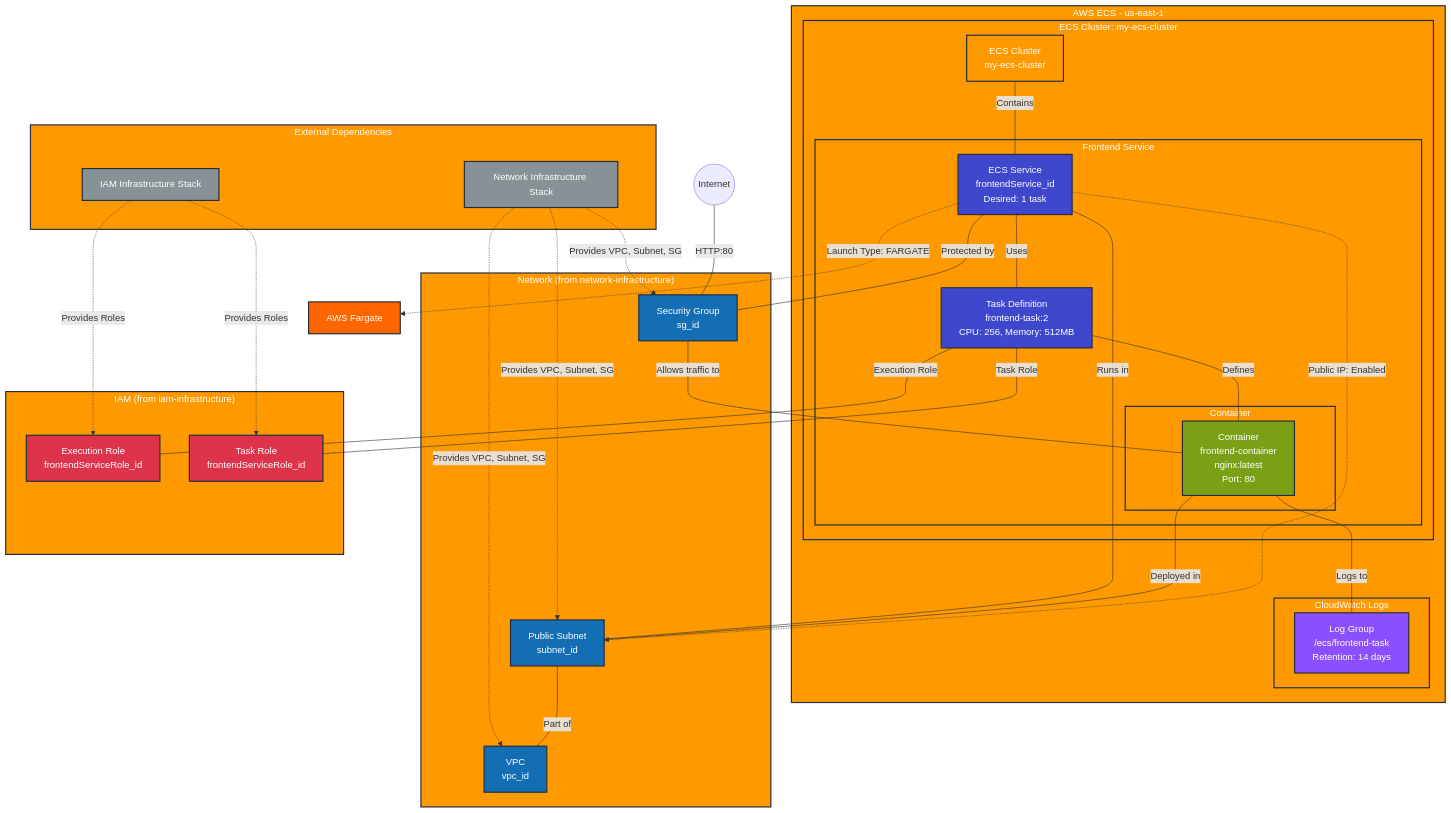
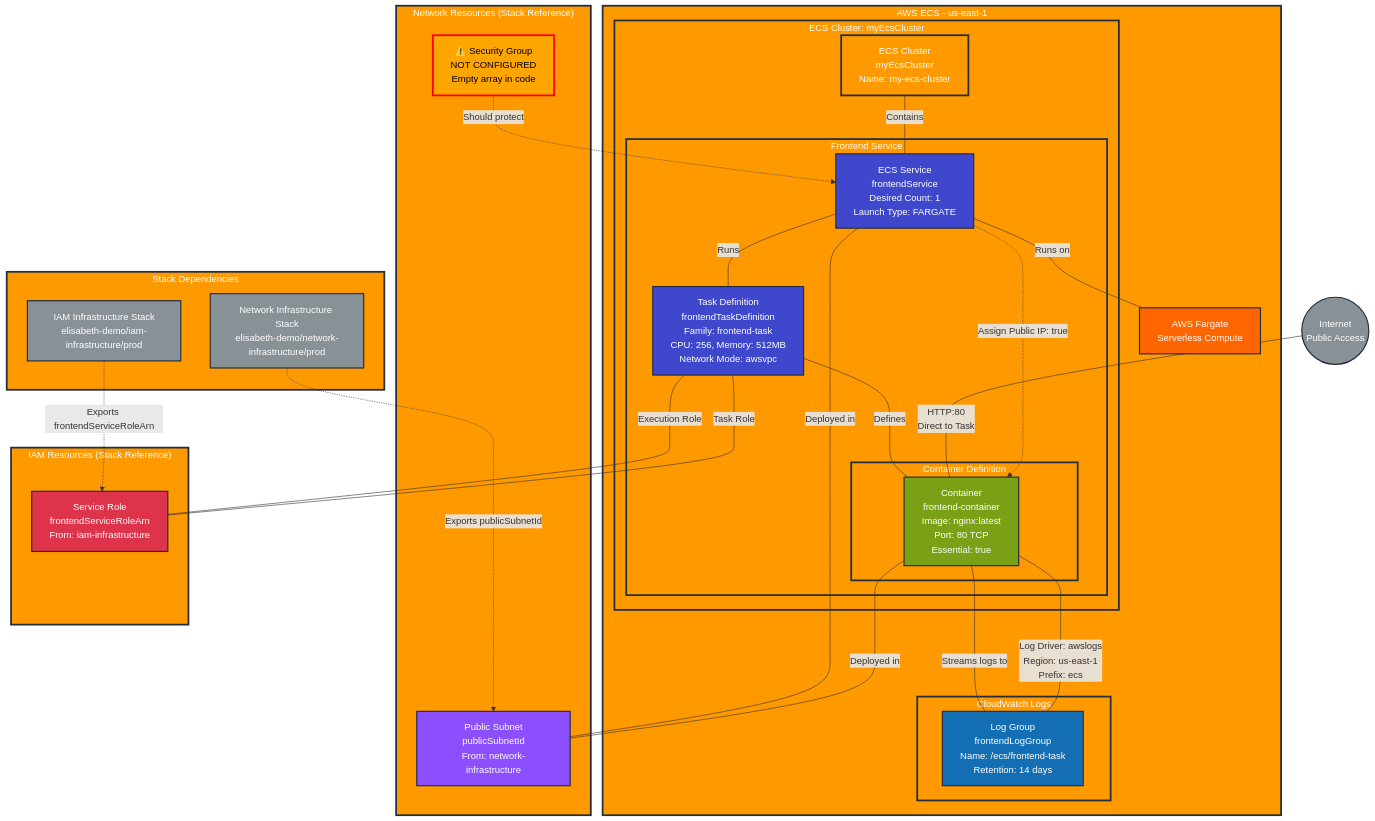
Before and after one commit to Elisabeth-Team/Architecture-Diagrams: the diagram in stacks/cluster-infrastructure-prod.md, drawn with Mermaid. The commit also changed other lines of this file and 3 other files, not shown here.

Commit message:
Update production infrastructure diagrams to reflect current state

````diff
--- a/stacks/cluster-infrastructure-prod.md
+++ b/stacks/cluster-infrastructure-prod.md
@@ -5,89 +5,90 @@
 ```mermaid
 graph TB
-    subgraph "External Dependencies"
-        IAM_STACK[IAM Infrastructure Stack]
-        NET_STACK[Network Infrastructure Stack]
+    INTERNET((Internet<br/>Public Access))
+
+    subgraph "Stack Dependencies"
+        IAM_STACK[IAM Infrastructure Stack<br/>elisabeth-demo/iam-infrastructure/prod]
+        NET_STACK[Network Infrastructure Stack<br/>elisabeth-demo/network-infrastructure/prod]
     end
     
     subgraph "AWS ECS - us-east-1"
-        subgraph "ECS Cluster: my-ecs-cluster"
-            CLUSTER[ECS Cluster<br/>my-ecs-cluster]
+        subgraph "ECS Cluster: myEcsCluster"
+            CLUSTER[ECS Cluster<br/>myEcsCluster<br/>Name: my-ecs-cluster]
             
             subgraph "Frontend Service"
-                SERVICE[ECS Service<br/>frontendService_id<br/>Desired: 1 task]
-                TASK_DEF[Task Definition<br/>frontend-task:2<br/>CPU: 256, Memory: 512MB]
+                SERVICE[ECS Service<br/>frontendService<br/>Desired Count: 1<br/>Launch Type: FARGATE]
                 
-                subgraph "Container"
-                    CONTAINER[Container<br/>frontend-container<br/>nginx:latest<br/>Port: 80]
+                TASK_DEF[Task Definition<br/>frontendTaskDefinition<br/>Family: frontend-task<br/>CPU: 256, Memory: 512MB<br/>Network Mode: awsvpc]
+                
+                subgraph "Container Definition"
+                    CONTAINER[Container<br/>frontend-container<br/>Image: nginx:latest<br/>Port: 80 TCP<br/>Essential: true]
                 end
             end
         end
         
         subgraph "CloudWatch Logs"
-            LOG_GROUP[Log Group<br/>/ecs/frontend-task<br/>Retention: 14 days]
+            LOG_GROUP[Log Group<br/>frontendLogGroup<br/>Name: /ecs/frontend-task<br/>Retention: 14 days]
         end
+
+        AWS_FARGATE[AWS Fargate<br/>Serverless Compute]
     end
     
-    subgraph "Network (from network-infrastructure)"
-        VPC_REF[VPC<br/>vpc_id]
-        SUBNET_REF[Public Subnet<br/>subnet_id]
-        SG_REF[Security Group<br/>sg_id]
+    subgraph "Network Resources (Stack Reference)"
+        SUBNET_REF[Public Subnet<br/>publicSubnetId<br/>From: network-infrastructure]
+        SG_NOTE[⚠️ Security Group<br/>NOT CONFIGURED<br/>Empty array in code]
     end
     
-    subgraph "IAM (from iam-infrastructure)"
-        EXEC_ROLE[Execution Role<br/>frontendServiceRole_id]
-        TASK_ROLE[Task Role<br/>frontendServiceRole_id]
+    subgraph "IAM Resources (Stack Reference)"
+        SERVICE_ROLE[Service Role<br/>frontendServiceRoleArn<br/>From: iam-infrastructure]
     end
     
-    INTERNET((Internet))
-    
     %% Stack References
-    NET_STACK -.->|Provides VPC, Subnet, SG| VPC_REF
-    NET_STACK -.->|Provides VPC, Subnet, SG| SUBNET_REF
-    NET_STACK -.->|Provides VPC, Subnet, SG| SG_REF
-    IAM_STACK -.->|Provides Roles| EXEC_ROLE
-    IAM_STACK -.->|Provides Roles| TASK_ROLE
+    NET_STACK -.->|Exports publicSubnetId| SUBNET_REF
+    IAM_STACK -.->|Exports frontendServiceRoleArn| SERVICE_ROLE
     
     %% ECS Relationships
     CLUSTER ---|Contains| SERVICE
-    SERVICE ---|Uses| TASK_DEF
+    SERVICE ---|Runs| TASK_DEF
     TASK_DEF ---|Defines| CONTAINER
-    SERVICE ---|Runs in| SUBNET_REF
-    SERVICE ---|Protected by| SG_REF
+    SERVICE ---|Deployed in| SUBNET_REF
+    SERVICE ---|Runs on| AWS_FARGATE
     
     %% IAM Relationships
-    TASK_DEF ---|Execution Role| EXEC_ROLE
-    TASK_DEF ---|Task Role| TASK_ROLE
+    TASK_DEF ---|Execution Role| SERVICE_ROLE
+    TASK_DEF ---|Task Role| SERVICE_ROLE
     
     %% Logging
-    CONTAINER ---|Logs to| LOG_GROUP
+    CONTAINER ---|Streams logs to| LOG_GROUP
+    LOG_GROUP ---|Log Driver: awslogs<br/>Region: us-east-1<br/>Prefix: ecs| CONTAINER
     
     %% Network Flow
-    INTERNET ---|HTTP:80| SG_REF
-    SG_REF ---|Allows traffic to| CONTAINER
+    INTERNET ---|HTTP:80<br/>Direct to Task| CONTAINER
     CONTAINER ---|Deployed in| SUBNET_REF
-    SUBNET_REF ---|Part of| VPC_REF
+    SERVICE -.->|Assign Public IP: true| CONTAINER
     
-    %% Launch Configuration
-    SERVICE -.->|Launch Type: FARGATE| AWS_FARGATE[AWS Fargate]
-    SERVICE -.->|Public IP: Enabled| SUBNET_REF
+    %% Security Warning
+    SG_NOTE -.->|Should protect| SERVICE
     
     %% Styling
-    classDef cluster fill:#FF9900,stroke:#232F3E,stroke-width:2px,color:#fff
+    classDef cluster fill:#FF9900,stroke:#232F3E,stroke-width:3px,color:#fff
     classDef service fill:#3F48CC,stroke:#232F3E,stroke-width:2px,color:#fff
     classDef container fill:#7AA116,stroke:#232F3E,stroke-width:2px,color:#fff
-    classDef logs fill:#8C4FFF,stroke:#232F3E,stroke-width:2px,color:#fff
-    classDef network fill:#146EB4,stroke:#232F3E,stroke-width:2px,color:#fff
+    classDef logs fill:#146EB4,stroke:#232F3E,stroke-width:2px,color:#fff
+    classDef network fill:#8C4FFF,stroke:#232F3E,stroke-width:2px,color:#fff
     classDef iam fill:#DD344C,stroke:#232F3E,stroke-width:2px,color:#fff
     classDef stack fill:#879196,stroke:#232F3E,stroke-width:2px,color:#fff
     classDef fargate fill:#FF6600,stroke:#232F3E,stroke-width:2px,color:#fff
+    classDef warning fill:#FFA500,stroke:#FF0000,stroke-width:3px,color:#000
+    classDef external fill:#879196,stroke:#232F3E,stroke-width:2px,color:#fff
     
     class CLUSTER cluster
     class SERVICE,TASK_DEF service
     class CONTAINER container
     class LOG_GROUP logs
-    class VPC_REF,SUBNET_REF,SG_REF network
-    class EXEC_ROLE,TASK_ROLE iam
+    class SUBNET_REF network
+    class SERVICE_ROLE iam
     class IAM_STACK,NET_STACK stack
     class AWS_FARGATE fargate
+    class SG_NOTE warning
+    class INTERNET external
 ```
````
